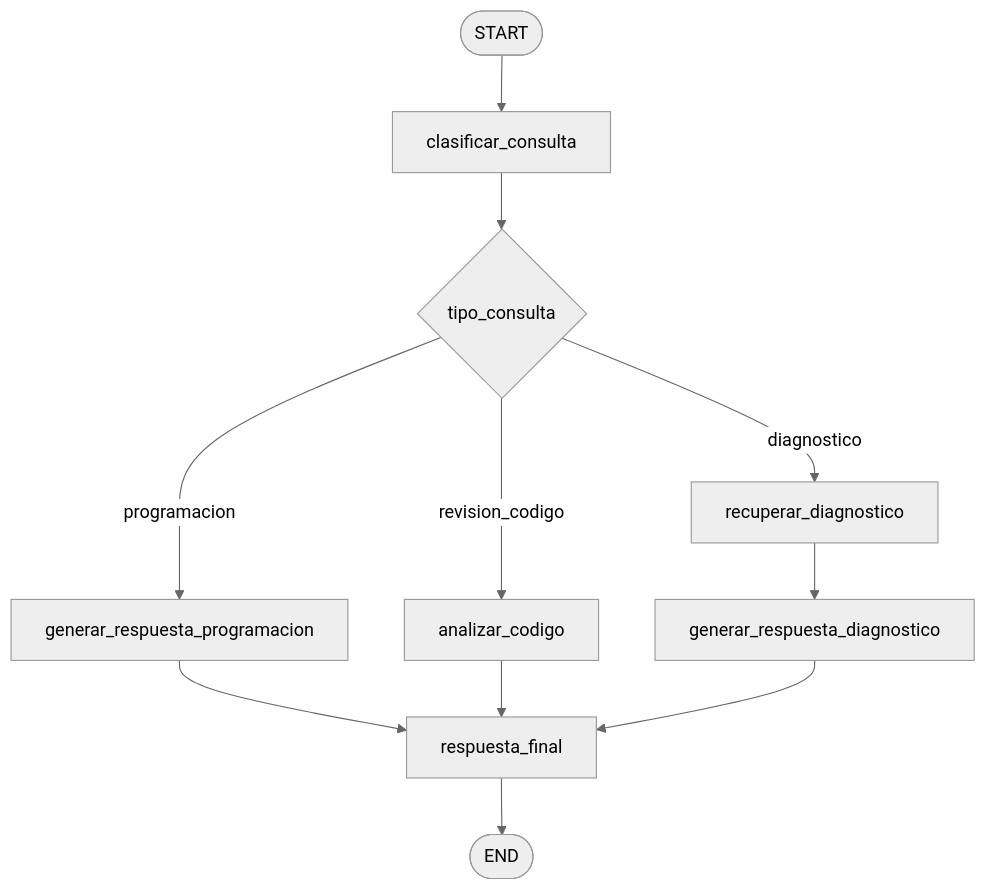
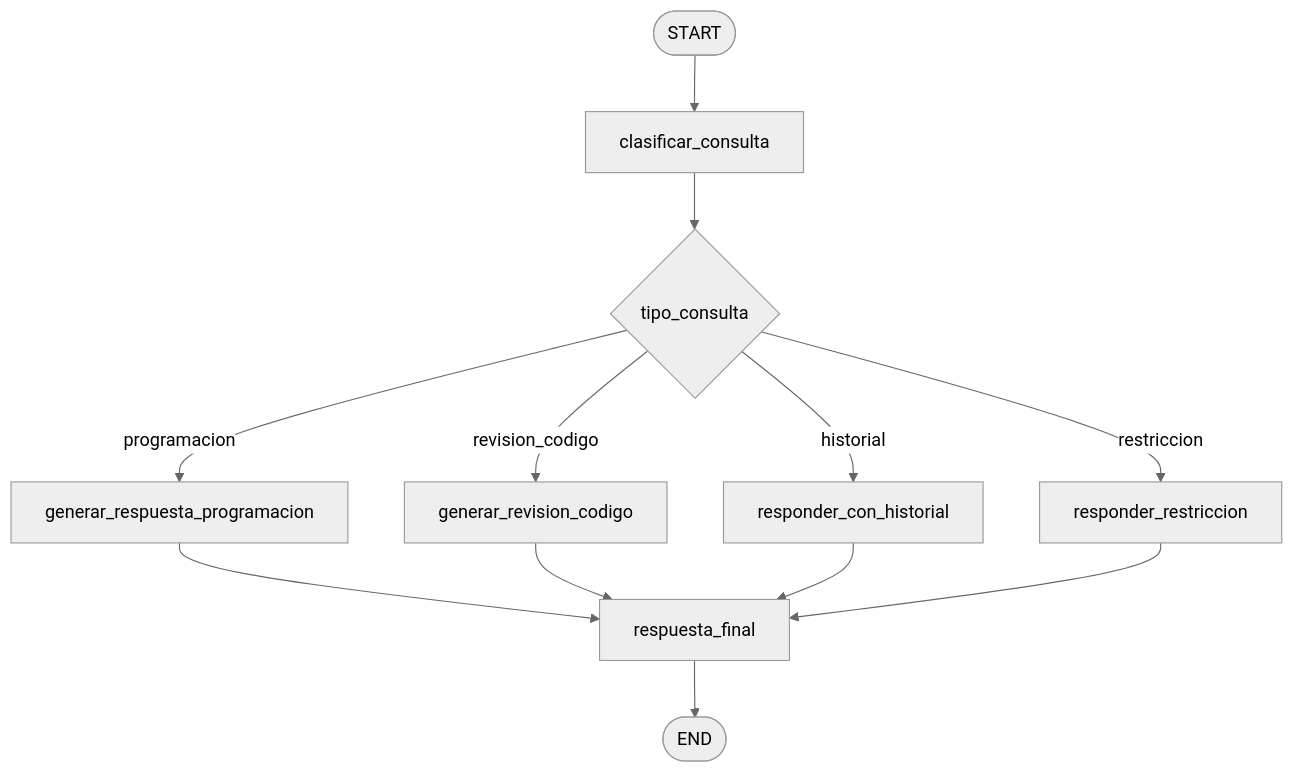
Before and after one commit to jose6668/IA-Lanchaing: the second of 2 diagrams in README.md, drawn with Mermaid (neutral theme). The commit also changed other lines of this file and 53 other files, not shown here.

````diff
--- a/README.md
+++ b/README.md
@@ -103,13 +104,14 @@
 ```mermaid
 flowchart TD
     START([START]) --> CLASIFICAR[clasificar_consulta]
     CLASIFICAR --> DECISION{tipo_consulta}
-    DECISION -->|diagnostico| RAG[recuperar_diagnostico]
     DECISION -->|programacion| PROG[generar_respuesta_programacion]
-    DECISION -->|revision_codigo| CODIGO[analizar_codigo]
-    RAG --> DIAG[generar_respuesta_diagnostico]
+    DECISION -->|revision_codigo| CODE[generar_revision_codigo]
+    DECISION -->|historial| HIST[responder_con_historial]
+    DECISION -->|restriccion| REST[responder_restriccion]
     PROG --> FINAL[respuesta_final]
-    CODIGO --> FINAL
-    DIAG --> FINAL
+    CODE --> FINAL
+    HIST --> FINAL
+    REST --> FINAL
     FINAL --> END([END])
 ```
````
